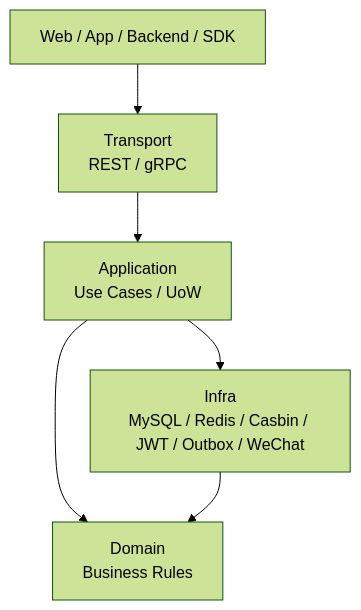
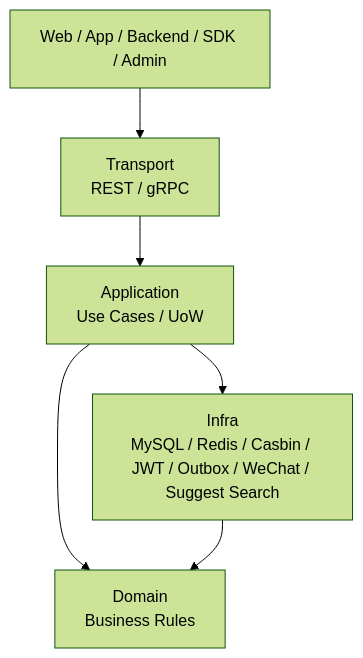
Before and after one commit to FangcunMount/iam: the first of 5 diagrams in docs/07-宣讲/11-30分钟技术分享脚本.md, drawn with Mermaid (forest theme). The commit also changed other lines of this file and 16 other files, not shown here.

````diff
--- a/docs/07-宣讲/11-30分钟技术分享脚本.md
+++ b/docs/07-宣讲/11-30分钟技术分享脚本.md
@@ -276,12 +284,12 @@
 ```mermaid
 flowchart TD
-    Clients["Web / App / Backend / SDK"]
+    Clients["Web / App / Backend / SDK / Admin"]
     Transport["Transport<br/>REST / gRPC"]
     Application["Application<br/>Use Cases / UoW"]
     Domain["Domain<br/>Business Rules"]
-    Infra["Infra<br/>MySQL / Redis / Casbin / JWT / Outbox / WeChat"]
+    Infra["Infra<br/>MySQL / Redis / Casbin / JWT / Outbox / WeChat / Suggest Search"]
 
     Clients --> Transport --> Application --> Domain
     Application --> Infra
     Infra --> Domain
 ```
````
